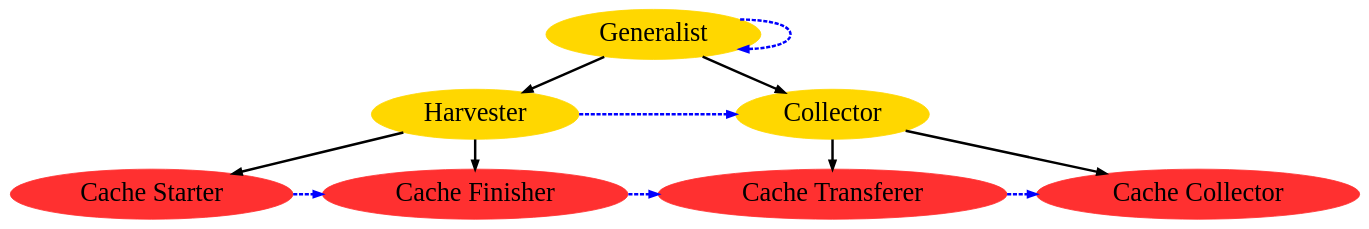
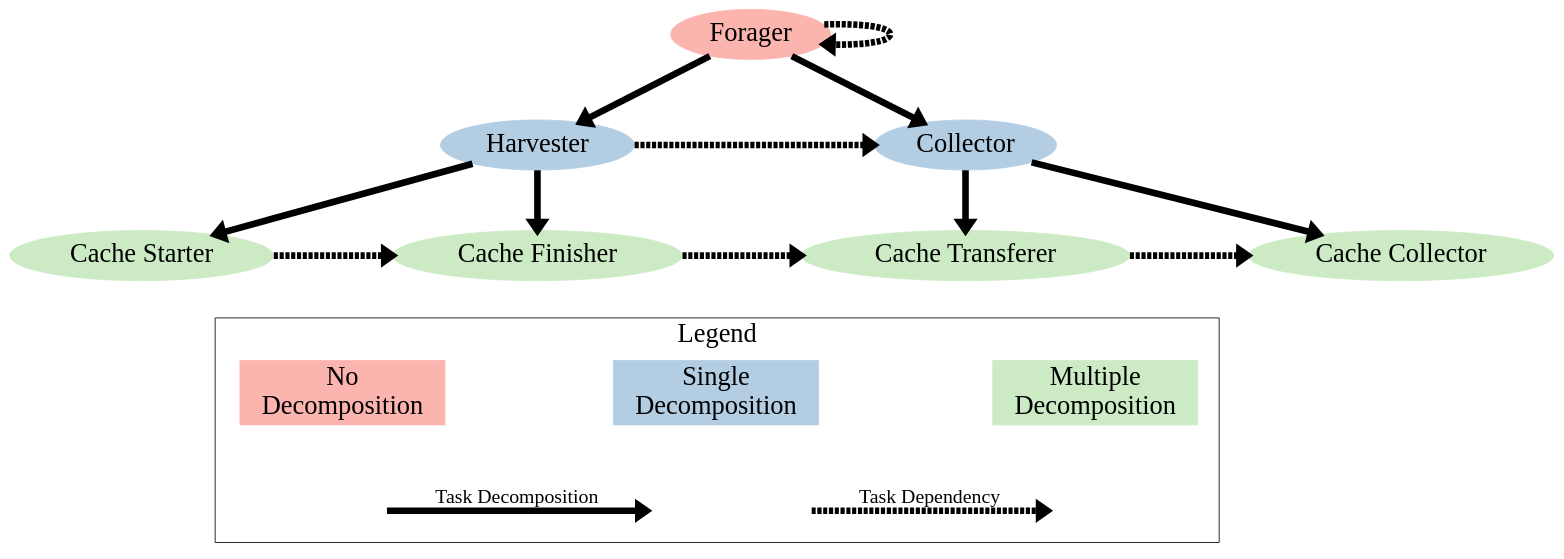
One commit to jharwell/phd-thesis changed the diagram in figures/chapter2/tdgraph-foraging.dot. Above: the diagram before and after it, drawn with Graphviz. The commit also changed 9 other files, not shown here.

```diff
--- a/figures/chapter2/tdgraph-foraging.dot
+++ b/figures/chapter2/tdgraph-foraging.dot
@@ -1,38 +1,92 @@
 digraph tdgraph {
-        nodesep=0.5
-        node [style=filled,fontsize=32];
-        edge[penwidth=3]
+        nodesep=1.0
+        ranksep=1.0
+        rankdir=TB
+        newrank=true
+        node [style=filled,fontsize=32,fontname="arial bold",colorscheme=pastel13];
+
         graph [ordering="out"];
         {
                 rank=0;
-                "0" [label="Generalist",color="gold"];
+                generalist [label="Forager",color=1];
         }
         {
                 rank=1;
-                "1" [label="Harvester",color="gold"];
-                "2" [label="Collector",color="gold"];
+                harvester [label="Harvester",color=2];
+                collector [label="Collector",color=2];
         }
         {
                 rank=2
-                "3" [label="Cache Starter",color="firebrick1"];
-                "4" [label="Cache Finisher",color="firebrick1"];
-                "5" [label="Cache Transferer",color="firebrick1"];
-                "6" [label="Cache Collector",color="firebrick1"];
+                cache_starter [label="Cache Starter",color=3];
+                cache_finisher [label="Cache Finisher",color=3];
+                cache_transferer [label="Cache Transferer",color=3];
+                cache_collector [label="Cache Collector",color=3];
         }
+        {
+                rank=3
+                subgraph cluster1 {
 
-        // Decomposition edges
-
-        "0" -> "1"
-        "0" -> "2";
+                        label = "Legend";
+                        fontsize=32;
+                        nodesep=1.0
+                        d0 [label="No\nDecomposition",color=1,shape=record];
+                        d1 [label="Single\nDecomposition", color=2,shape=record];
+                        d2 [label="Multiple\nDecomposition",color=3,shape=record];
+                        t0, t1, t2, t3, t4, t5 [style=invis]
+                        {rank=same d0, d1, d2}
 
 
-        "1" -> "3";
-        "1" -> "4";
-        "2" -> "5";
-        "2" -> "6";
-        // Sequence edges
-        "0" -> "0" [color=blue,constraint=false, style=dashed];
-        "1" -> "2" [color=blue,constraint=false, style=dashed];
-        "3" -> "4" -> "5" -> "6" [color=blue, constraint=false, style=dashed];
+                        node[shape=point,fontsize=32]
+                        edge[penwidth=8]
+                        {
+
+                                t1 -> t2 [label="Task Decomposition",
+                                          fontsize=24,
+                                          constraint=false];
+
+                                t3 -> t4 [label="Task Dependency",
+                                          style=dashed,
+                                          fontsize=24,
+                                          constraint=false]; 
+                               // {rank=same; t2 t3 d1}
+
+
+                        }
+
+                  }
 
         }
+        // Decomposition edges
+        edge[penwidth=8, color=black];
+
+        generalist -> harvester;
+        generalist -> collector;
+
+
+        harvester -> cache_starter;
+        harvester -> cache_finisher;
+
+        collector -> cache_transferer;
+        collector -> cache_collector;
+
+        cache_starter -> d0 [style=invis]
+        cache_finisher -> d0 [style=invis]
+        cache_finisher -> d1 [style=invis]
+        cache_transferer -> d1 [style=invis]
+        cache_transferer -> d2 [style=invis]
+        cache_collector -> d2 [style=invis]
+
+        d0 -> t0 [style=invis] 
+        d0 -> t1 [style=invis]
+        d1 -> t2 [style=invis]
+        d1 -> t3 [style=invis]
+        d2 -> t4 [style=invis]
+        d2 -> t5 [style=invis]
+        // Sequence edges
+        edge[penwidth=8, constraint=false, style=dashed];
+        generalist -> generalist;
+        harvester -> collector;
+        cache_starter -> cache_finisher -> cache_transferer ->cache_collector;
+
+
+        }
```
